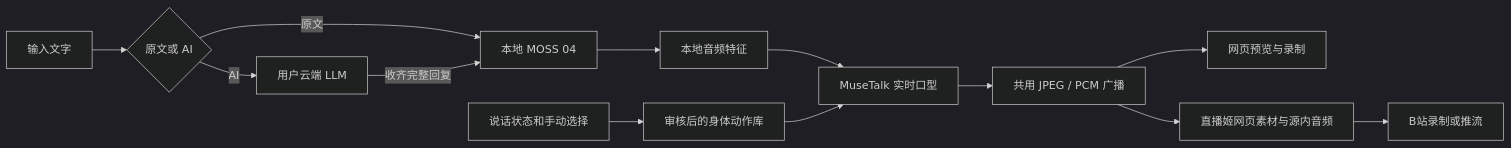
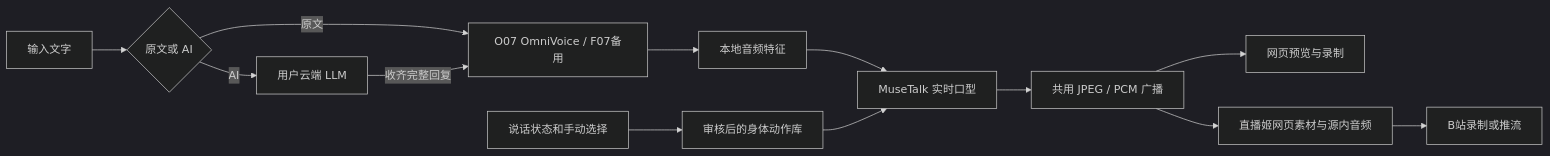
One commit to wikigsroom/Ai-Talk-Streamer changed the diagram in README.zh-CN.md. Above: the diagram before and after it, drawn with Mermaid (dark theme). The commit also changed other lines of this file and 43 other files, not shown here.

````diff
--- a/README.zh-CN.md
+++ b/README.zh-CN.md
@@ -73,15 +77,15 @@
 ```mermaid
 flowchart LR
     A[输入文字] --> B{原文或 AI}
-    B -->|原文| D[本地 MOSS 04]
+    B -->|原文| D[O07 OmniVoice / F07备用]
     B -->|AI| C[用户云端 LLM]
     C -->|收齐完整回复| D
     D --> E[本地音频特征]
     E --> F[MuseTalk 实时口型]
     G[审核后的身体动作库] --> F
     H[说话状态和手动选择] --> G
     F --> I[共用 JPEG / PCM 广播]
     I --> J[网页预览与录制]
     I --> K[直播姬网页素材与源内音频]
     K --> P[B站录制或推流]
 ```
````
